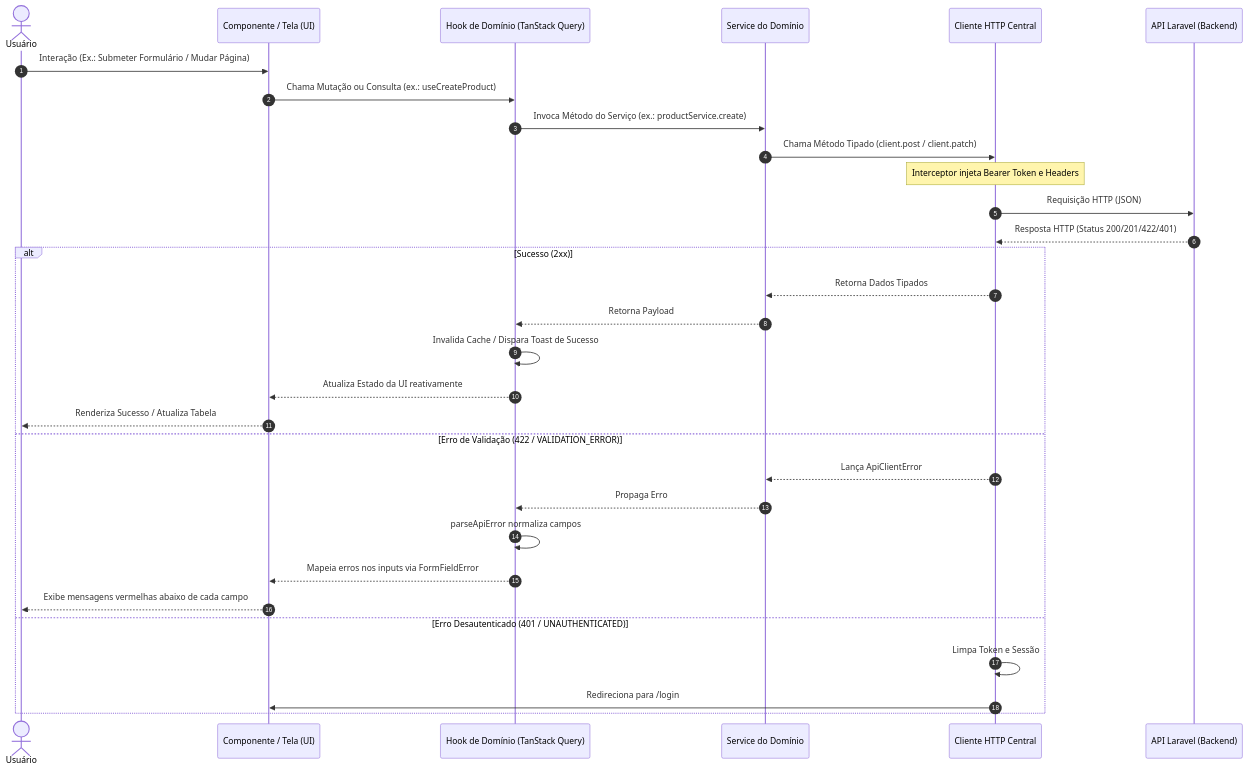
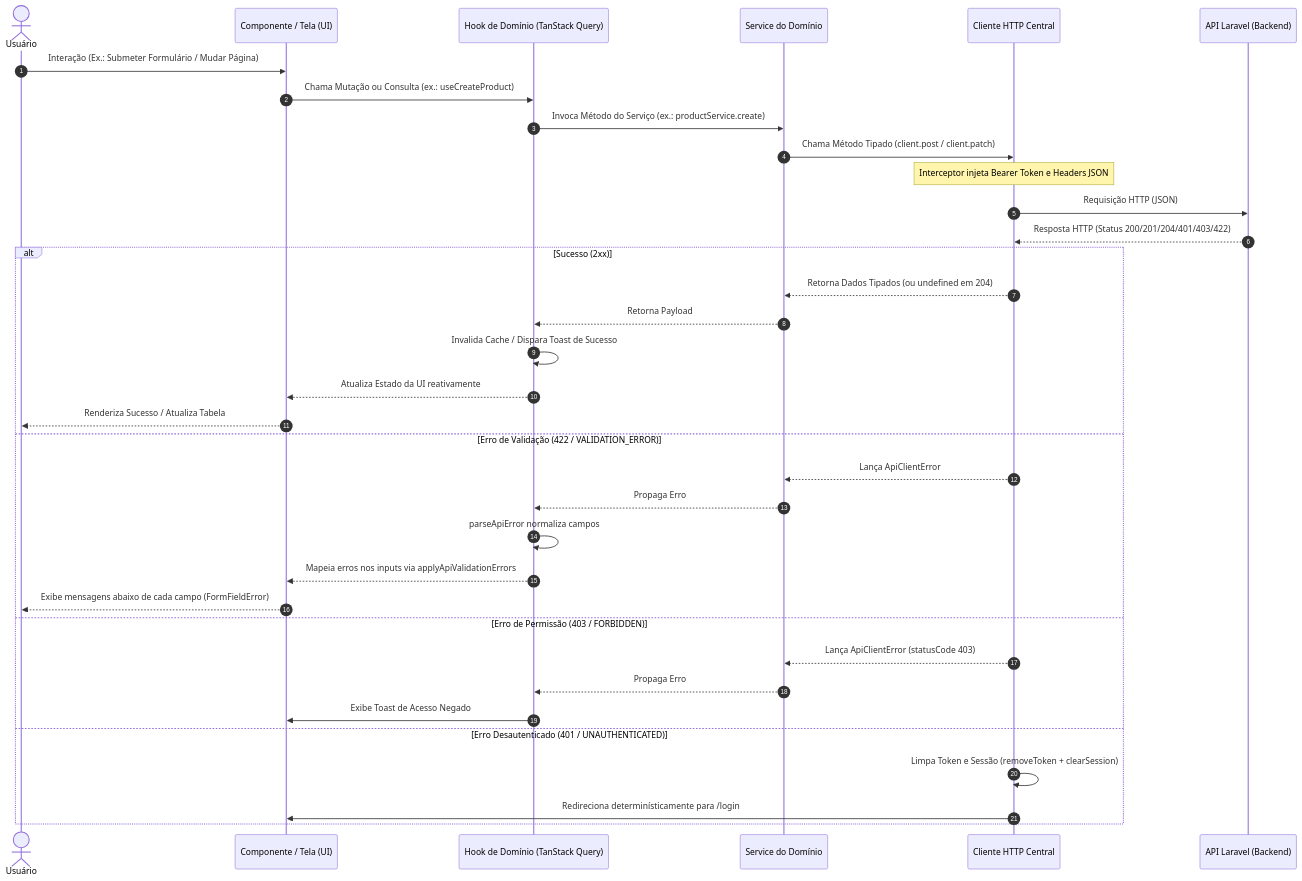
One commit to jhimyferrari/apollo-react-next changed the first of 2 diagrams in docs/ARCHITECTURE.md. Above: the diagram before and after it, drawn with Mermaid. The commit also changed other lines of this file and 91 other files, not shown here.

````diff
--- a/docs/ARCHITECTURE.md
+++ b/docs/ARCHITECTURE.md
@@ -102,35 +112,39 @@
 ```mermaid
 sequenceDiagram
     autonumber
     actor Usuario as Usuário
     participant Componente as Componente / Tela (UI)
     participant Hook as Hook de Domínio (TanStack Query)
     participant Service as Service do Domínio
     participant Client as Cliente HTTP Central
     participant Backend as API Laravel (Backend)
 
     Usuario->>Componente: Interação (Ex.: Submeter Formulário / Mudar Página)
     Componente->>Hook: Chama Mutação ou Consulta (ex.: useCreateProduct)
     Hook->>Service: Invoca Método do Serviço (ex.: productService.create)
     Service->>Client: Chama Método Tipado (client.post / client.patch)
-    Note over Client: Interceptor injeta Bearer Token e Headers
+    Note over Client: Interceptor injeta Bearer Token e Headers JSON
     Client->>Backend: Requisição HTTP (JSON)
-    Backend-->>Client: Resposta HTTP (Status 200/201/422/401)
+    Backend-->>Client: Resposta HTTP (Status 200/201/204/401/403/422)
     
     alt Sucesso (2xx)
-        Client-->>Service: Retorna Dados Tipados
+        Client-->>Service: Retorna Dados Tipados (ou undefined em 204)
         Service-->>Hook: Retorna Payload
         Hook->>Hook: Invalida Cache / Dispara Toast de Sucesso
         Hook-->>Componente: Atualiza Estado da UI reativamente
         Componente-->>Usuario: Renderiza Sucesso / Atualiza Tabela
     else Erro de Validação (422 / VALIDATION_ERROR)
         Client-->>Service: Lança ApiClientError
         Service-->>Hook: Propaga Erro
         Hook->>Hook: parseApiError normaliza campos
-        Hook-->>Componente: Mapeia erros nos inputs via FormFieldError
-        Componente-->>Usuario: Exibe mensagens vermelhas abaixo de cada campo
+        Hook-->>Componente: Mapeia erros nos inputs via applyApiValidationErrors
+        Componente-->>Usuario: Exibe mensagens abaixo de cada campo (FormFieldError)
+    else Erro de Permissão (403 / FORBIDDEN)
+        Client-->>Service: Lança ApiClientError (statusCode 403)
+        Service-->>Hook: Propaga Erro
+        Hook->>Componente: Exibe Toast de Acesso Negado
     else Erro Desautenticado (401 / UNAUTHENTICATED)
-        Client->>Client: Limpa Token e Sessão
-        Client->>Componente: Redireciona para /login
+        Client->>Client: Limpa Token e Sessão (removeToken + clearSession)
+        Client->>Componente: Redireciona determinísticamente para /login
     end
 ```
````
